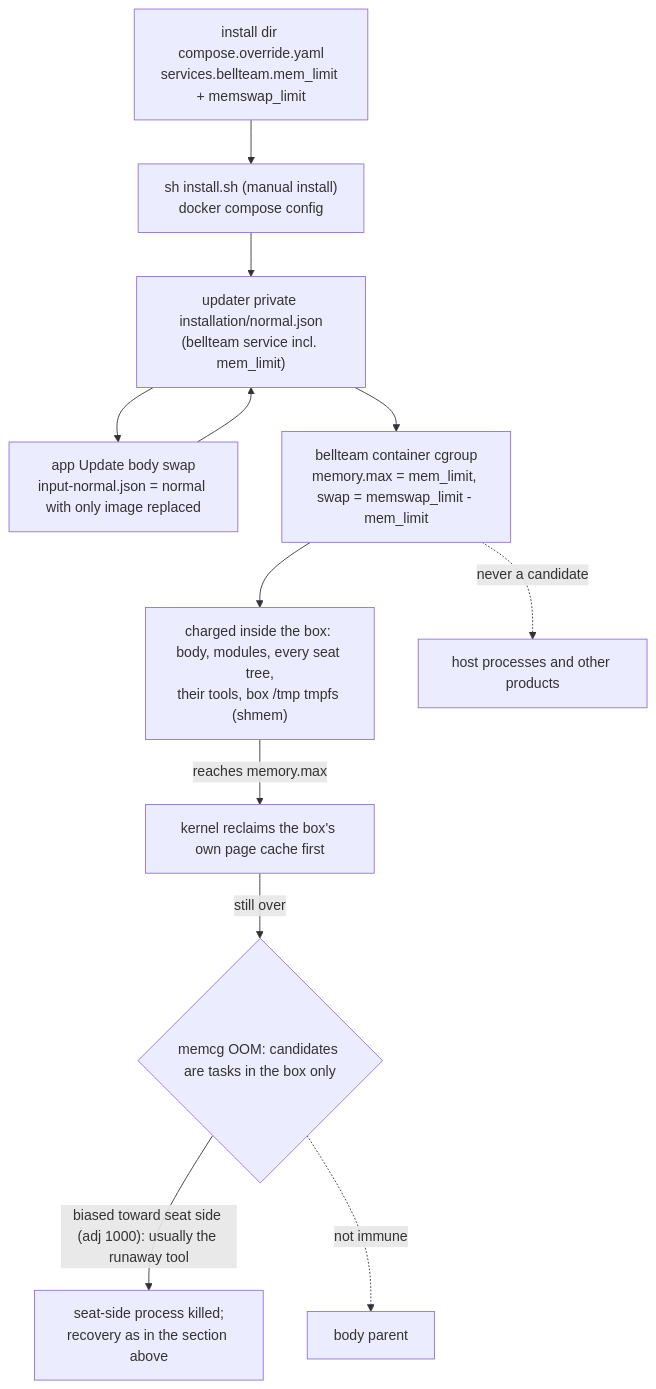
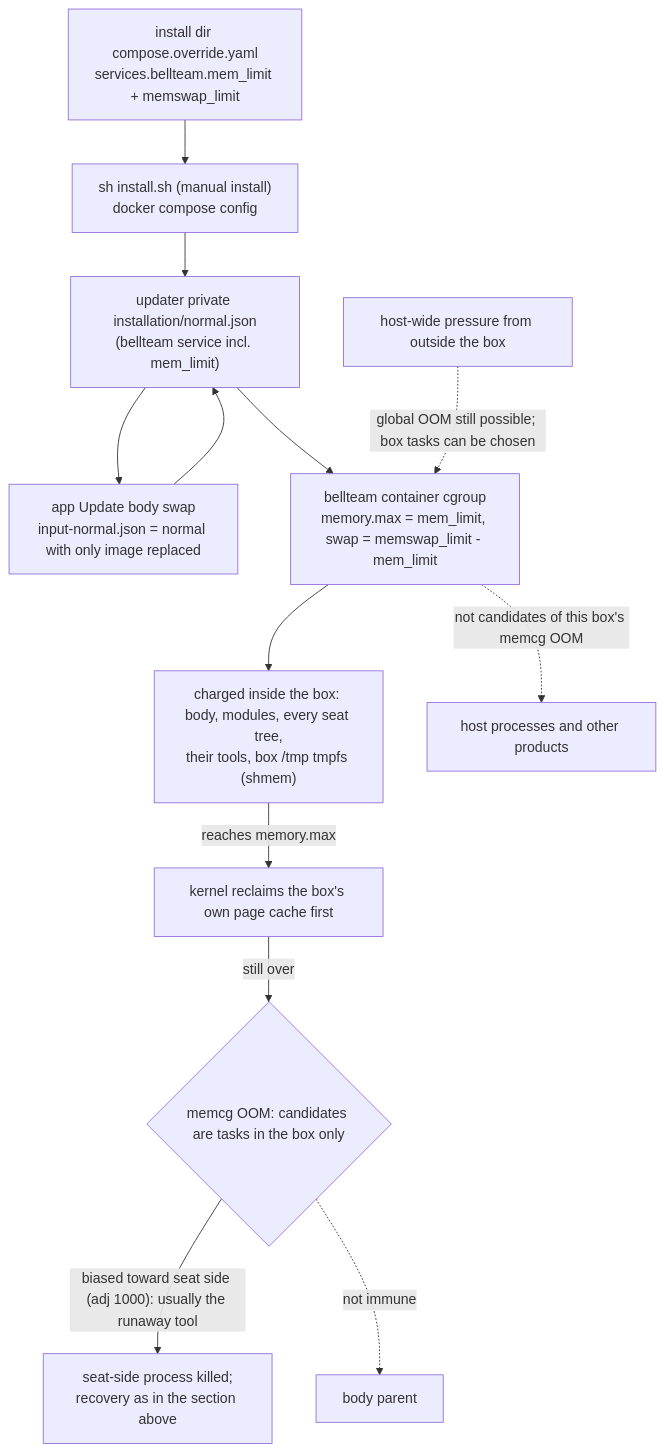
One commit to kitepon/BellTeam changed the fourth of 6 diagrams in docs/architecture/modules/runtime/execution.md. Above: the diagram before and after it, drawn with Mermaid. The commit also changed other lines of this file, not shown here.

Commit message:
Scope the no-candidate claim to the box's memcg OOM; global OOM stays bias-only

````diff
--- a/docs/architecture/modules/runtime/execution.md
+++ b/docs/architecture/modules/runtime/execution.md
@@ -111,14 +111,15 @@
 ```mermaid
 flowchart TD
   Override["install dir compose.override.yaml<br/>services.bellteam.mem_limit + memswap_limit"] --> Install["sh install.sh (manual install)<br/>docker compose config"]
   Install --> Normal["updater private installation/normal.json<br/>(bellteam service incl. mem_limit)"]
   Normal --> AppUpdate["app Update body swap<br/>input-normal.json = normal with only image replaced"]
   AppUpdate --> Normal
   Normal --> Box["bellteam container cgroup<br/>memory.max = mem_limit, swap = memswap_limit - mem_limit"]
   Box --> Charge["charged inside the box: body, modules, every seat tree,<br/>their tools, box /tmp tmpfs (shmem)"]
   Charge -->|"reaches memory.max"| Reclaim["kernel reclaims the box's own page cache first"]
   Reclaim -->|"still over"| MemcgOOM{"memcg OOM: candidates are tasks in the box only"}
   MemcgOOM -->|"biased toward seat side (adj 1000): usually the runaway tool"| SeatTree["seat-side process killed;<br/>recovery as in the section above"]
   MemcgOOM -.->|"not immune"| Parent["body parent"]
-  Box -.->|"never a candidate"| Host["host processes and other products"]
+  Box -.->|"not candidates of this box's memcg OOM"| Host["host processes and other products"]
+  HostPressure["host-wide pressure from outside the box"] -.->|"global OOM still possible; box tasks can be chosen"| Box
 ```
````
